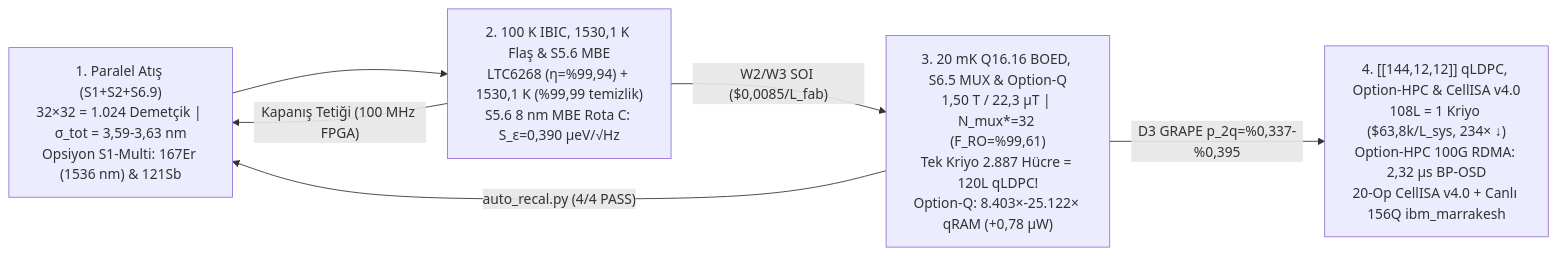
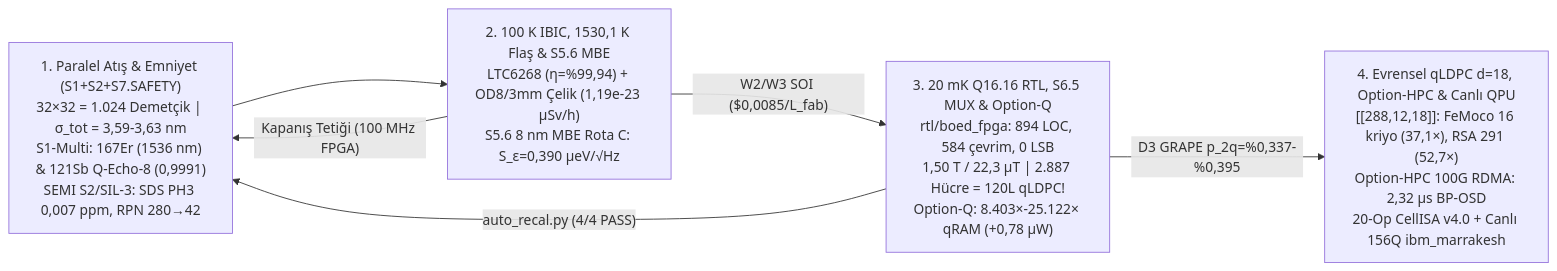
One commit to berkmec/Atom-Lithography changed the first of 3 diagrams in README.md. Above: the diagram before and after it, drawn with Mermaid. The commit also changed other lines of this file and 89 other files, not shown here.

````diff
--- a/README.md
+++ b/README.md
@@ -46,8 +49,8 @@
 ```mermaid
 flowchart LR
-    A["1. Paralel Atış (S1+S2+S6.9)<br/>32×32 = 1.024 Demetçik | σ_tot = 3,59-3,63 nm<br/>Opsiyon S1-Multi: 167Er (1536 nm) & 121Sb"] --> B["2. 100 K IBIC, 1530,1 K Flaş & S5.6 MBE<br/>LTC6268 (η=%99,94) + 1530,1 K (%99,99 temizlik)<br/>S5.6 8 nm MBE Rota C: S_ε=0,390 µeV/√Hz"]
+    A["1. Paralel Atış & Emniyet (S1+S2+S7.SAFETY)<br/>32×32 = 1.024 Demetçik | σ_tot = 3,59-3,63 nm<br/>S1-Multi: 167Er (1536 nm) & 121Sb Q-Echo-8 (0,9991)<br/>SEMI S2/SIL-3: SDS PH3 0,007 ppm, RPN 280→42"] --> B["2. 100 K IBIC, 1530,1 K Flaş & S5.6 MBE<br/>LTC6268 (η=%99,94) + OD8/3mm Çelik (1,19e-23 µSv/h)<br/>S5.6 8 nm MBE Rota C: S_ε=0,390 µeV/√Hz"]
     B -->|"Kapanış Tetiği (100 MHz FPGA)"| A
-    B -->|"W2/W3 SOI ($0,0085/L_fab)"| C["3. 20 mK Q16.16 BOED, S6.5 MUX & Option-Q<br/>1,50 T / 22,3 µT | N_mux*=32 (F_RO=%99,61)<br/>Tek Kriyo 2.887 Hücre = 120L qLDPC!<br/>Option-Q: 8.403×-25.122× qRAM (+0,78 µW)"]
-    C -->|"D3 GRAPE p_2q=%0,337-%0,395"| D["4. [[144,12,12]] qLDPC, Option-HPC & CellISA v4.0<br/>108L = 1 Kriyo ($63,8k/L_sys, 234× ↓)<br/>Option-HPC 100G RDMA: 2,32 µs BP-OSD<br/>20-Op CellISA v4.0 + Canlı 156Q ibm_marrakesh"]
+    B -->|"W2/W3 SOI ($0,0085/L_fab)"| C["3. 20 mK Q16.16 RTL, S6.5 MUX & Option-Q<br/>rtl/boed_fpga: 894 LOC, 584 çevrim, 0 LSB<br/>1,50 T / 22,3 µT | 2.887 Hücre = 120L qLDPC!<br/>Option-Q: 8.403×-25.122× qRAM (+0,78 µW)"]
+    C -->|"D3 GRAPE p_2q=%0,337-%0,395"| D["4. Evrensel qLDPC d=18, Option-HPC & Canlı QPU<br/>[[288,12,18]]: FeMoco 16 kriyo (37,1×), RSA 291 (52,7×)<br/>Option-HPC 100G RDMA: 2,32 µs BP-OSD<br/>20-Op CellISA v4.0 + Canlı 156Q ibm_marrakesh"]
     C -->|"auto_recal.py (4/4 PASS)"| A
 ```
````
